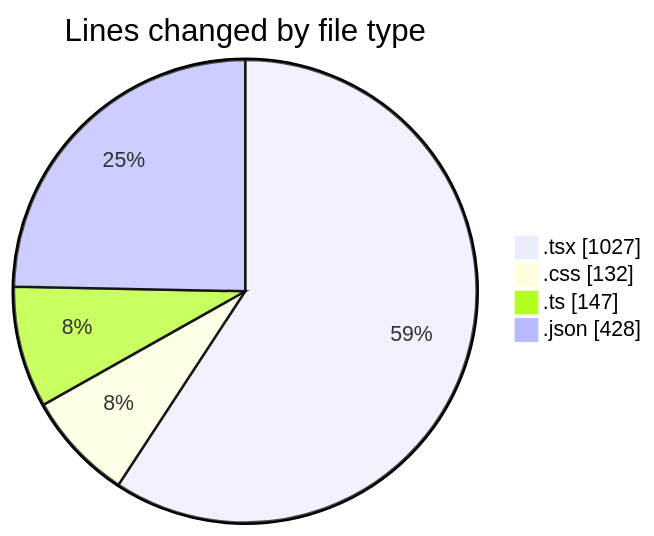
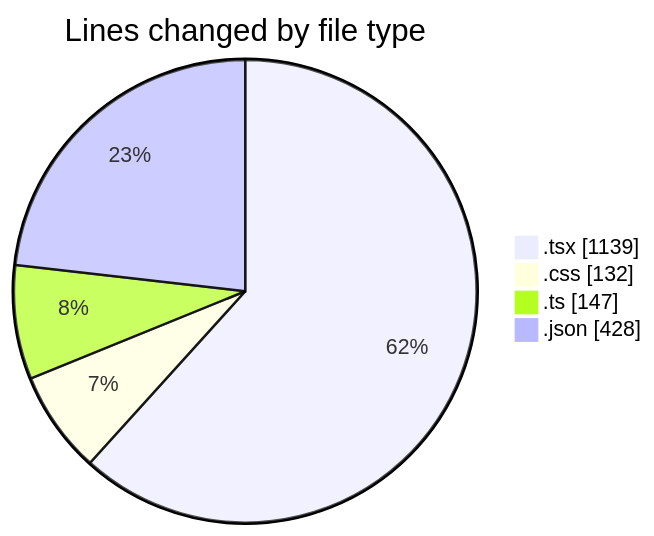
Before and after one commit to Elitesun/code-tracking: the first of 2 diagrams in 2025-05-06/niten/README.md, drawn with Mermaid. The commit also changed other lines of this file and 1 other file, not shown here.

````diff
--- a/2025-05-06/niten/README.md
+++ b/2025-05-06/niten/README.md
@@ -42,8 +43,8 @@
 ```mermaid
 pie showData
 title Lines changed by file type
-".tsx" : 1027
+".tsx" : 1139
 ".css" : 132
 ".ts" : 147
 ".json" : 428
 ```
````
